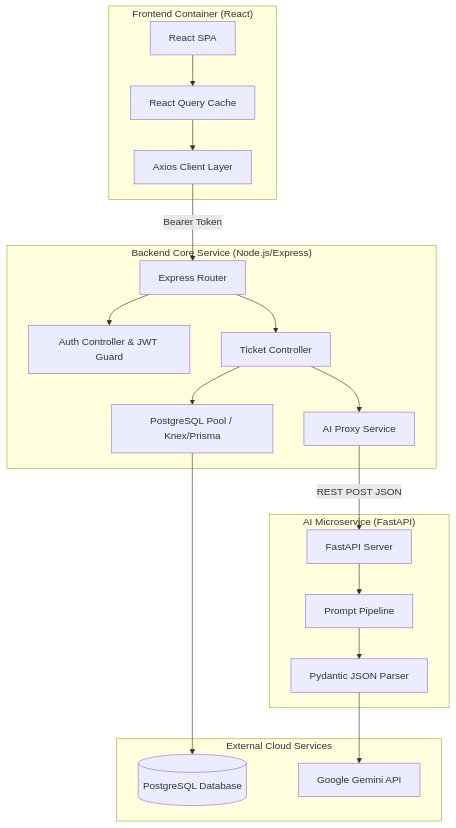
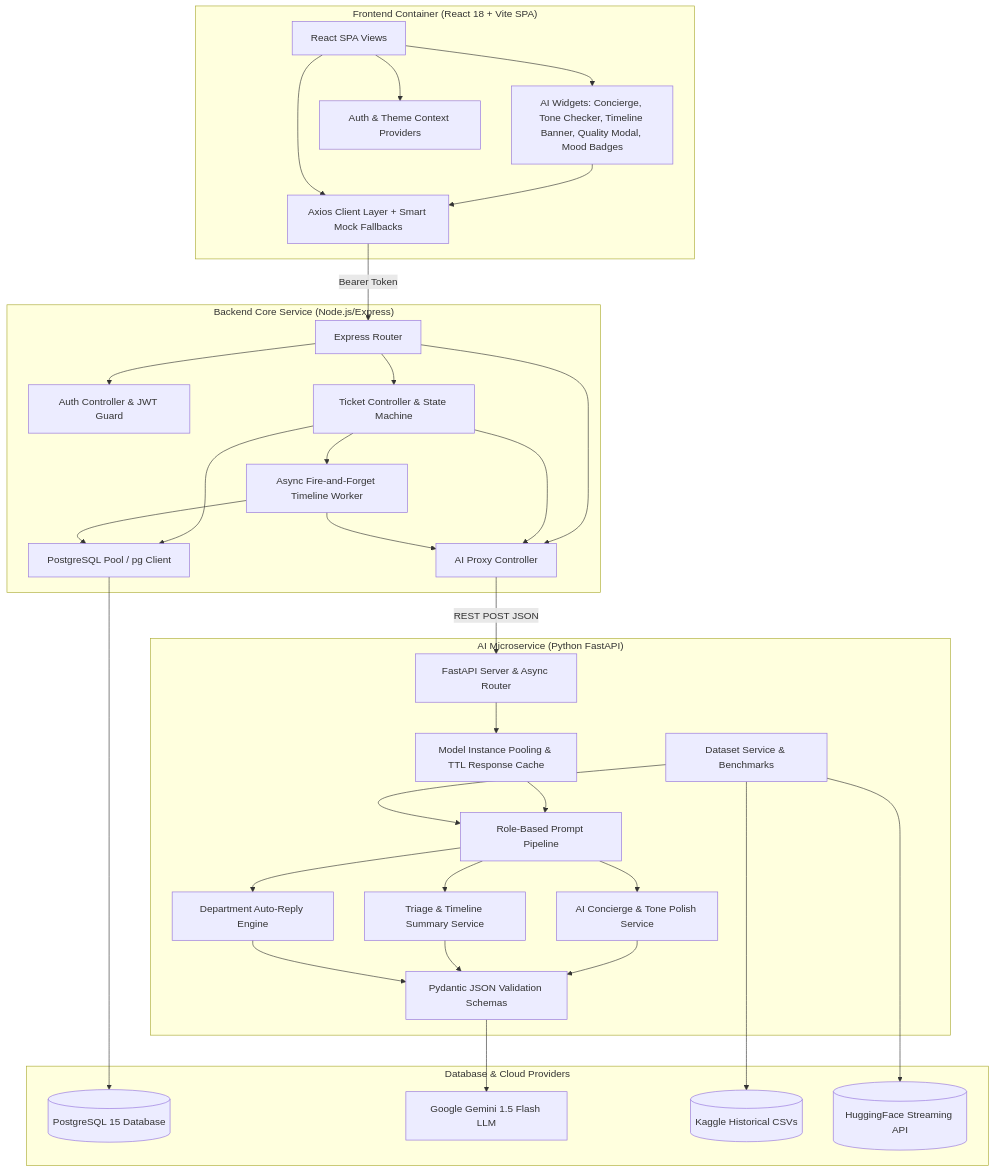
The first of 4 diagrams in docs/04_SYSTEM_ARCHITECTURE_AND_DESIGN.md (ByteLounge/SupportSenseAI), drawn with Mermaid before and after one commit. The commit also changed other lines of this file and 17 other files, not shown here.

````diff
--- a/docs/04_SYSTEM_ARCHITECTURE_AND_DESIGN.md
+++ b/docs/04_SYSTEM_ARCHITECTURE_AND_DESIGN.md
@@ -40,42 +40,66 @@
 ```mermaid
 graph TB
-    subgraph "Frontend Container (React)"
-        UI[React SPA]
-        RQ[React Query Cache]
-        AX[Axios Client Layer]
-        UI --> RQ
-        RQ --> AX
+    subgraph "Frontend Container (React 18 + Vite SPA)"
+        UI[React SPA Views]
+        AI_WIDGETS[AI Widgets: Concierge, Tone Checker, Timeline Banner, Quality Modal, Mood Badges]
+        AUTH_CTX[Auth & Theme Context Providers]
+        AX[Axios Client Layer + Smart Mock Fallbacks]
+        UI --> AI_WIDGETS
+        UI --> AUTH_CTX
+        AI_WIDGETS --> AX
+        UI --> AX
     end
 
     subgraph "Backend Core Service (Node.js/Express)"
         API[Express Router]
         AUTH[Auth Controller & JWT Guard]
-        TICK[Ticket Controller]
-        AI_GATE[AI Proxy Service]
-        DB_MOD[PostgreSQL Pool / Knex/Prisma]
+        TICK[Ticket Controller & State Machine]
+        AI_GATE[AI Proxy Controller]
+        ASYNC_WORKER[Async Fire-and-Forget Timeline Worker]
+        DB_MOD[PostgreSQL Pool / pg Client]
 
         AX -->|Bearer Token| API
         API --> AUTH
         API --> TICK
+        API --> AI_GATE
         TICK --> AI_GATE
         TICK --> DB_MOD
+        TICK --> ASYNC_WORKER
+        ASYNC_WORKER --> AI_GATE
+        ASYNC_WORKER --> DB_MOD
     end
 
-    subgraph "AI Microservice (FastAPI)"
-        FAST[FastAPI Server]
-        PROMPT[Prompt Pipeline]
-        PARSER[Pydantic JSON Parser]
+    subgraph "AI Microservice (Python FastAPI)"
+        FAST[FastAPI Server & Async Router]
+        POOL_CACHE[Model Instance Pooling & TTL Response Cache]
+        PROMPT[Role-Based Prompt Pipeline]
+        CONCIERGE_SVC[AI Concierge & Tone Polish Service]
+        TRIAGE_SVC[Triage & Timeline Summary Service]
+        AUTO_REP[Department Auto-Reply Engine]
+        DATASET[Dataset Service & Benchmarks]
+        PARSER[Pydantic JSON Validation Schemas]
 
         AI_GATE -->|REST POST JSON| FAST
-        FAST --> PROMPT
-        PROMPT --> PARSER
+        FAST --> POOL_CACHE
+        POOL_CACHE --> PROMPT
+        PROMPT --> CONCIERGE_SVC
+        PROMPT --> TRIAGE_SVC
+        PROMPT --> AUTO_REP
+        DATASET --> PROMPT
+        CONCIERGE_SVC --> PARSER
+        TRIAGE_SVC --> PARSER
+        AUTO_REP --> PARSER
     end
 
-    subgraph "External Cloud Services"
-        PG[(PostgreSQL Database)]
-        GEMINI[Google Gemini API]
+    subgraph "Database & Cloud Providers"
+        PG[(PostgreSQL 15 Database)]
+        GEMINI[Google Gemini 1.5 Flash LLM]
+        KAGGLE[(Kaggle Historical CSVs)]
+        HF[(HuggingFace Streaming API)]
 
         DB_MOD --> PG
         PARSER --> GEMINI
+        DATASET --> KAGGLE
+        DATASET --> HF
     end
 ```
````
